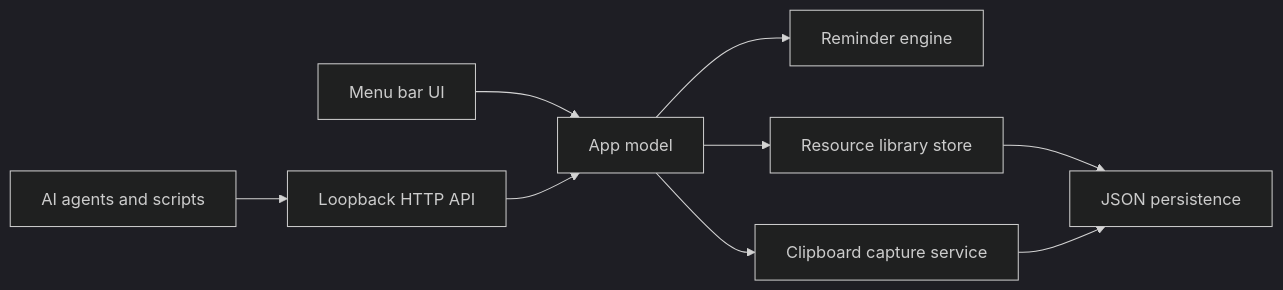
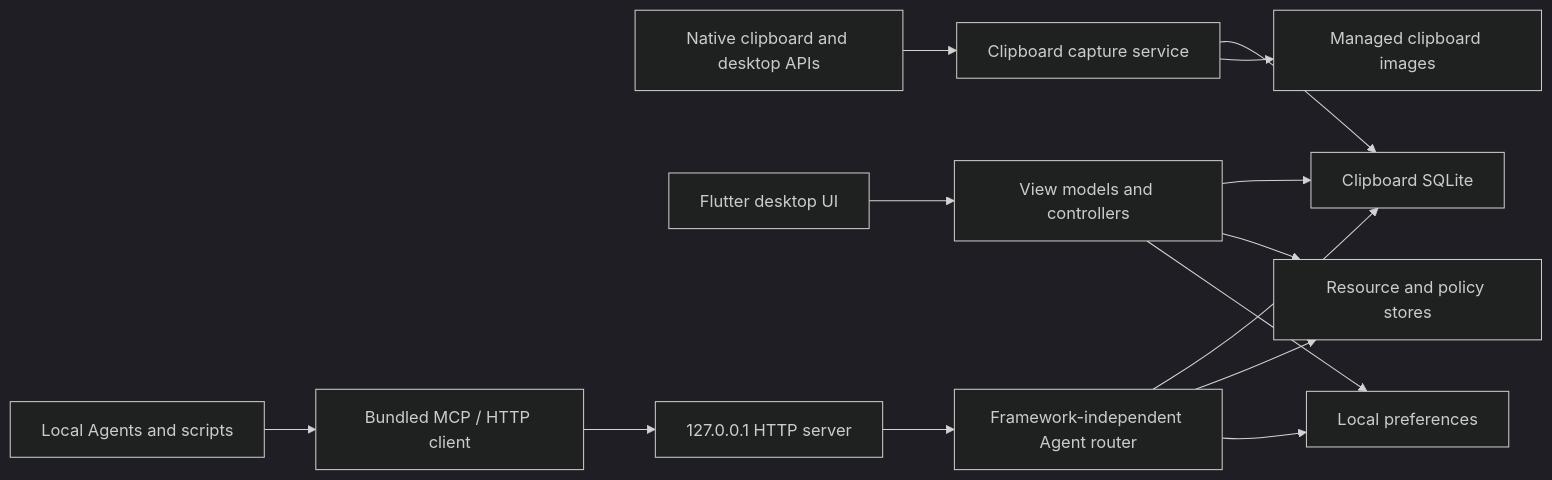
Before and after one commit to JevonsCode/DingDongBuddy: the diagram in docs/architecture/ai-companion-architecture.md, drawn with Mermaid (dark theme). The commit also changed other lines of this file and 88 other files, not shown here.

````diff
--- a/docs/architecture/ai-companion-architecture.md
+++ b/docs/architecture/ai-companion-architecture.md
@@ -37,11 +21,18 @@
 ```mermaid
 flowchart LR
-    A["AI agents and scripts"] --> B["Loopback HTTP API"]
-    C["Menu bar UI"] --> D["App model"]
-    B --> D
-    D --> E["Reminder engine"]
-    D --> F["Resource library store"]
-    D --> G["Clipboard capture service"]
-    F --> H["JSON persistence"]
-    G --> H
+    Native["Native clipboard and desktop APIs"] --> Capture["Clipboard capture service"]
+    Capture --> ClipboardDb["Clipboard SQLite"]
+    Capture --> ManagedImages["Managed clipboard images"]
+
+    UI["Flutter desktop UI"] --> Models["View models and controllers"]
+    Models --> ClipboardDb
+    Models --> Library["Resource and policy stores"]
+    Models --> Preferences["Local preferences"]
+
+    Agents["Local Agents and scripts"] --> MCP["Bundled MCP / HTTP client"]
+    MCP --> HTTP["127.0.0.1 HTTP server"]
+    HTTP --> Router["Framework-independent Agent router"]
+    Router --> ClipboardDb
+    Router --> Library
+    Router --> Preferences
 ```
````
